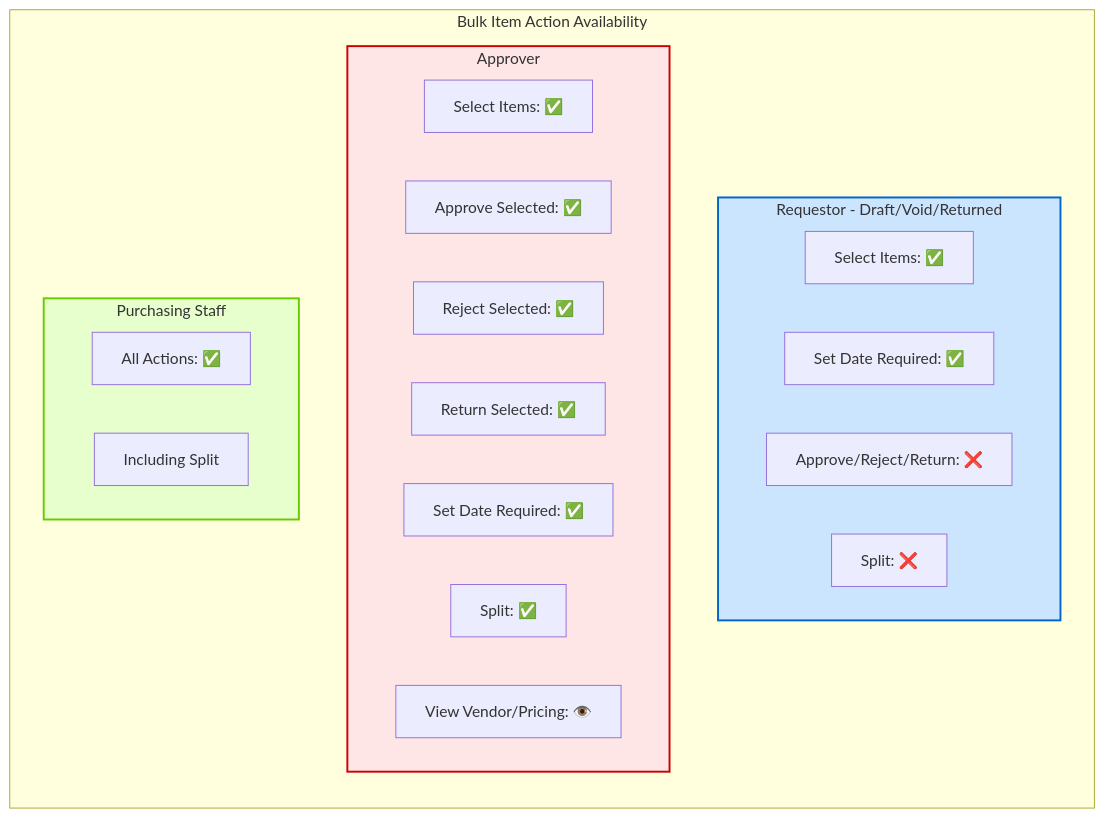
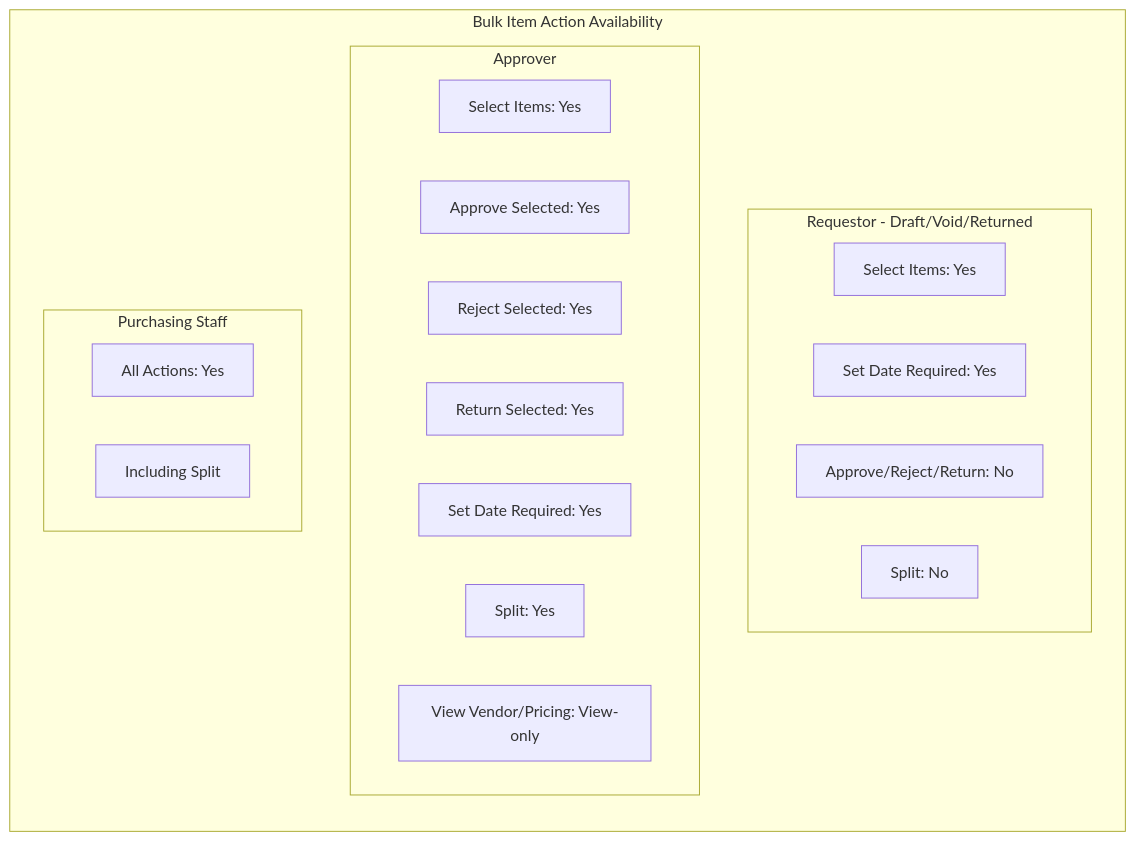
Diagram 18 of 60 in docs/app/procurement/purchase-requests/FD-purchase-requests.md (PeakMNA/carmen), drawn with Mermaid before and after one commit. The commit also changed other lines of this file and 473 other files, not shown here.

````diff
--- a/docs/app/procurement/purchase-requests/FD-purchase-requests.md
+++ b/docs/app/procurement/purchase-requests/FD-purchase-requests.md
@@ -885,32 +854,27 @@
 ```mermaid
-flowchart LR
+graph LR
     subgraph ActionMatrix[Bulk Item Action Availability]
-        direction TB
-
         subgraph Requestor[Requestor - Draft/Void/Returned]
-            R_Select[Select Items: ✅]
-            R_SetDate[Set Date Required: ✅]
-            R_Others[Approve/Reject/Return: ❌]
-            R_Split[Split: ❌]
+            R_Select[Select Items: Yes]
+            R_SetDate[Set Date Required: Yes]
+            R_Others[Approve/Reject/Return: No]
+            R_Split[Split: No]
         end
 
         subgraph Approver[Approver]
-            A_Select[Select Items: ✅]
-            A_Approve[Approve Selected: ✅]
-            A_Reject[Reject Selected: ✅]
-            A_Return[Return Selected: ✅]
-            A_SetDate[Set Date Required: ✅]
-            A_Split[Split: ✅]
-            A_View[View Vendor/Pricing: 👁️]
+            A_Select[Select Items: Yes]
+            A_Approve[Approve Selected: Yes]
+            A_Reject[Reject Selected: Yes]
+            A_Return[Return Selected: Yes]
+            A_SetDate[Set Date Required: Yes]
+            A_Split[Split: Yes]
+            A_View[View Vendor/Pricing: View-only]
         end
 
         subgraph Purchasing[Purchasing Staff]
-            P_All[All Actions: ✅]
+            P_All[All Actions: Yes]
             P_Note[Including Split]
         end
     end
 
-    style Requestor fill:#cce5ff,stroke:#0066cc,stroke-width:2px
-    style Approver fill:#ffe6e6,stroke:#cc0000,stroke-width:2px
-    style Purchasing fill:#e6ffcc,stroke:#66cc00,stroke-width:2px
 ```
````
